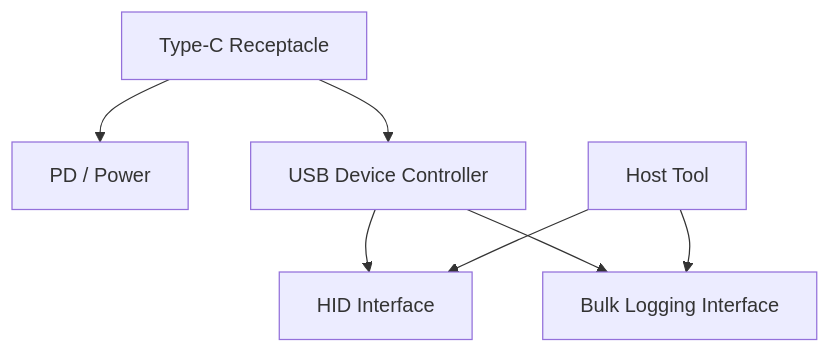
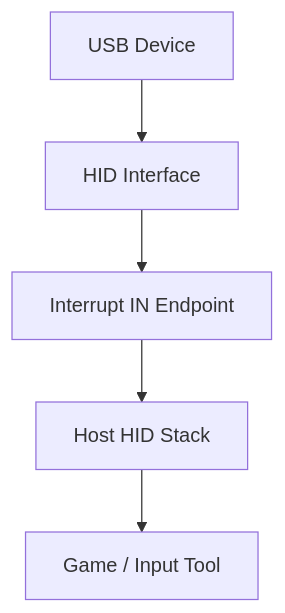
The eighth of 9 diagrams in books/usb-from-spec/figures-roughs.md (goura32/techbook), drawn with Mermaid before and after one commit. The commit also changed other lines of this file and 38 other files, not shown here.

````diff
--- a/books/usb-from-spec/figures-roughs.md
+++ b/books/usb-from-spec/figures-roughs.md
@@ -113,9 +113,7 @@
 ```mermaid
 flowchart TD
-  A["Type-C Receptacle"] --> B["PD / Power"]
-  A --> C["USB Device Controller"]
-  C --> D["HID Interface"]
-  C --> E["Bulk Logging Interface"]
-  F["Host Tool"] --> D
-  F --> E
+  A["USB Device"] --> B["HID Interface"]
+  B --> C["Interrupt IN Endpoint"]
+  C --> D["Host HID Stack"]
+  D --> E["Game / Input Tool"]
 ```
````
